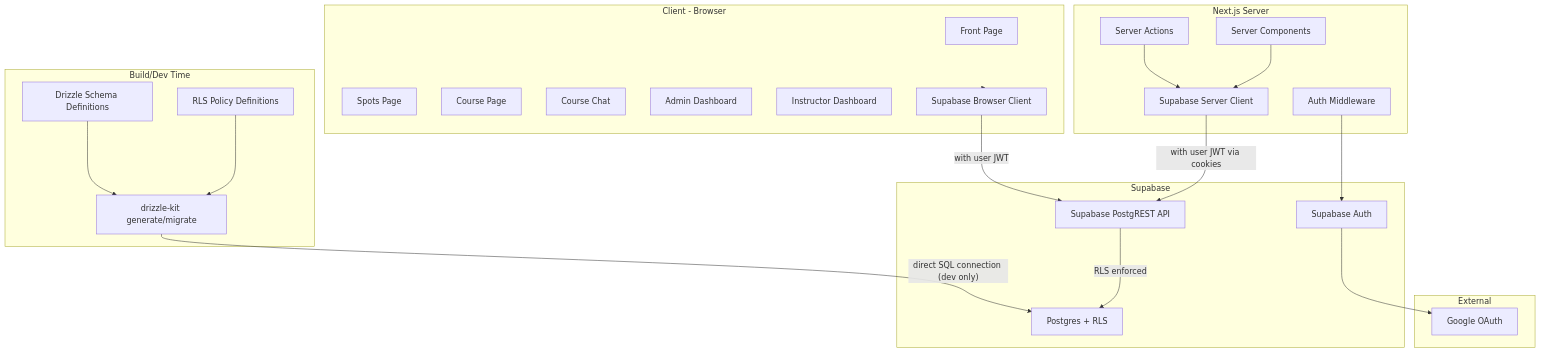
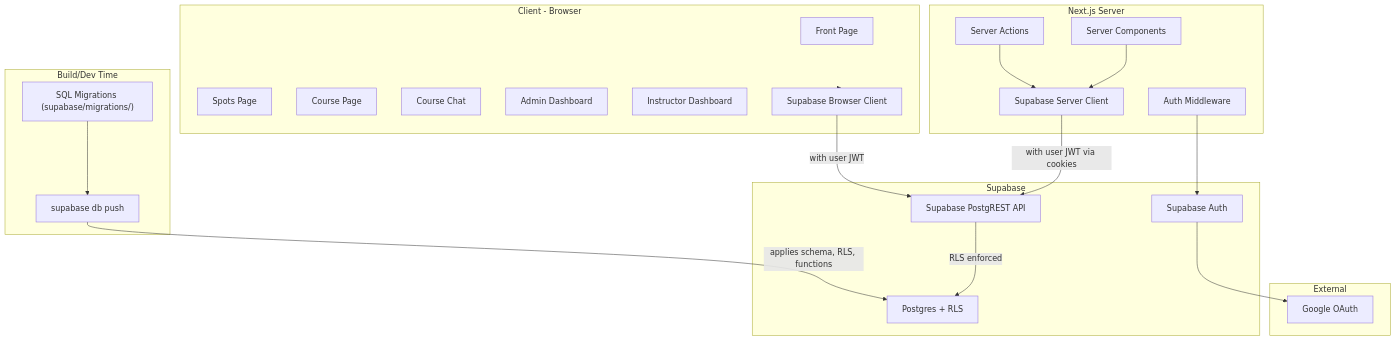
Before and after one commit to Frankwds/AalesundKiteklubb: the first of 3 diagrams in kiteklubb_full_stack_8aaca1e7.plan.md, drawn with Mermaid. The commit also changed other lines of this file, not shown here.

Commit message:
no drizzle

````diff
--- a/kiteklubb_full_stack_8aaca1e7.plan.md
+++ b/kiteklubb_full_stack_8aaca1e7.plan.md
@@ -129,50 +129,48 @@
 ```mermaid
 graph TB
   subgraph buildTime [Build/Dev Time]
-    DrizzleSchema[Drizzle Schema Definitions]
-    DrizzleKit[drizzle-kit generate/migrate]
-    RLSPolicies[RLS Policy Definitions]
+    SQLMigrations["SQL Migrations (supabase/migrations/)"]
+    SupabaseCLI["supabase db push"]
   end
 
   subgraph client [Client - Browser]
     FrontPage[Front Page]
     SpotsPage[Spots Page]
     CoursePage[Course Page]
     CourseChat[Course Chat]
     AdminDash[Admin Dashboard]
     InstructorDash[Instructor Dashboard]
     BrowserClient["Supabase Browser Client"]
   end
 
   subgraph nextjs [Next.js Server]
     Middleware[Auth Middleware]
     ServerActions[Server Actions]
     ServerComponents[Server Components]
     ServerClient["Supabase Server Client"]
   end
 
   subgraph supabase [Supabase]
     SupabaseAuth[Supabase Auth]
     SupabaseAPI[Supabase PostgREST API]
     SupabasePG["Postgres + RLS"]
   end
 
   subgraph external [External]
     Google[Google OAuth]
   end
 
-  DrizzleSchema --> DrizzleKit
-  RLSPolicies --> DrizzleKit
-  DrizzleKit -->|"direct SQL connection (dev only)"| SupabasePG
+  SQLMigrations --> SupabaseCLI
+  SupabaseCLI -->|"applies schema, RLS, functions"| SupabasePG
 
   client --> BrowserClient
   BrowserClient -->|"with user JWT"| SupabaseAPI
 
   ServerActions --> ServerClient
   ServerComponents --> ServerClient
   ServerClient -->|"with user JWT via cookies"| SupabaseAPI
 
   SupabaseAPI -->|"RLS enforced"| SupabasePG
   SupabaseAuth --> Google
   Middleware --> SupabaseAuth
 ```
````
